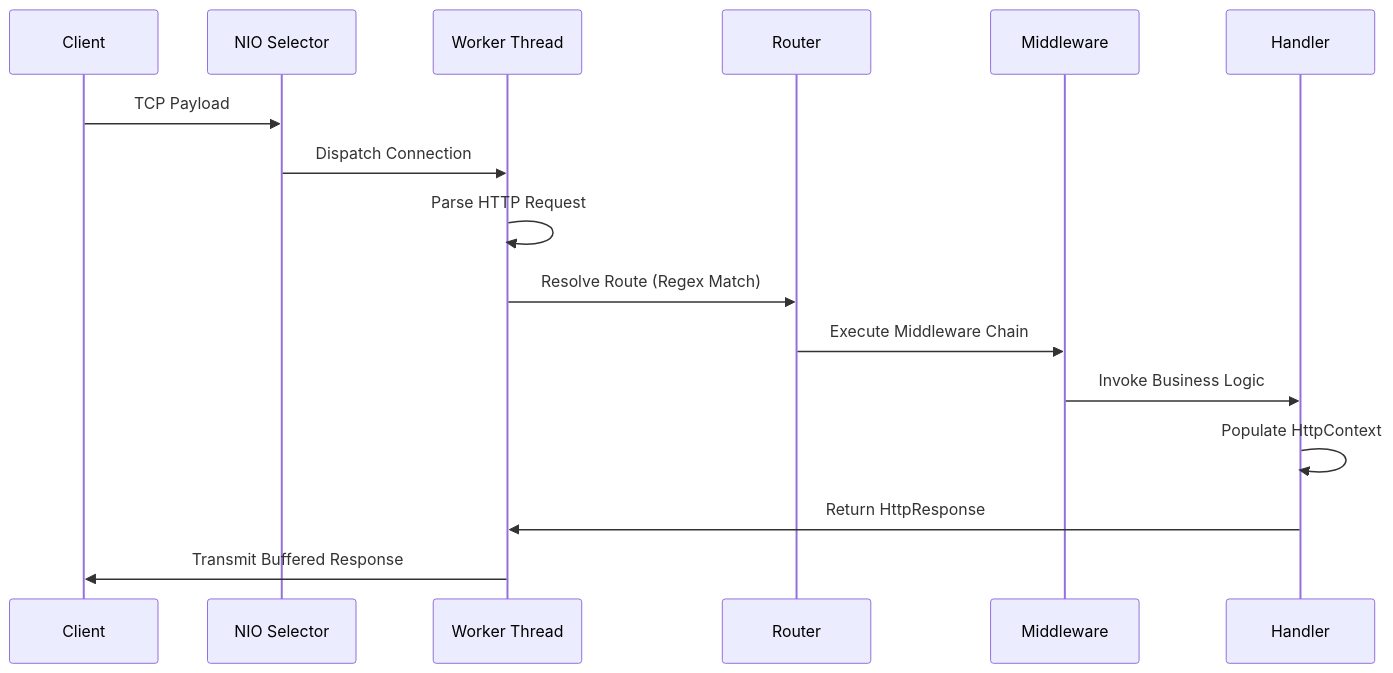
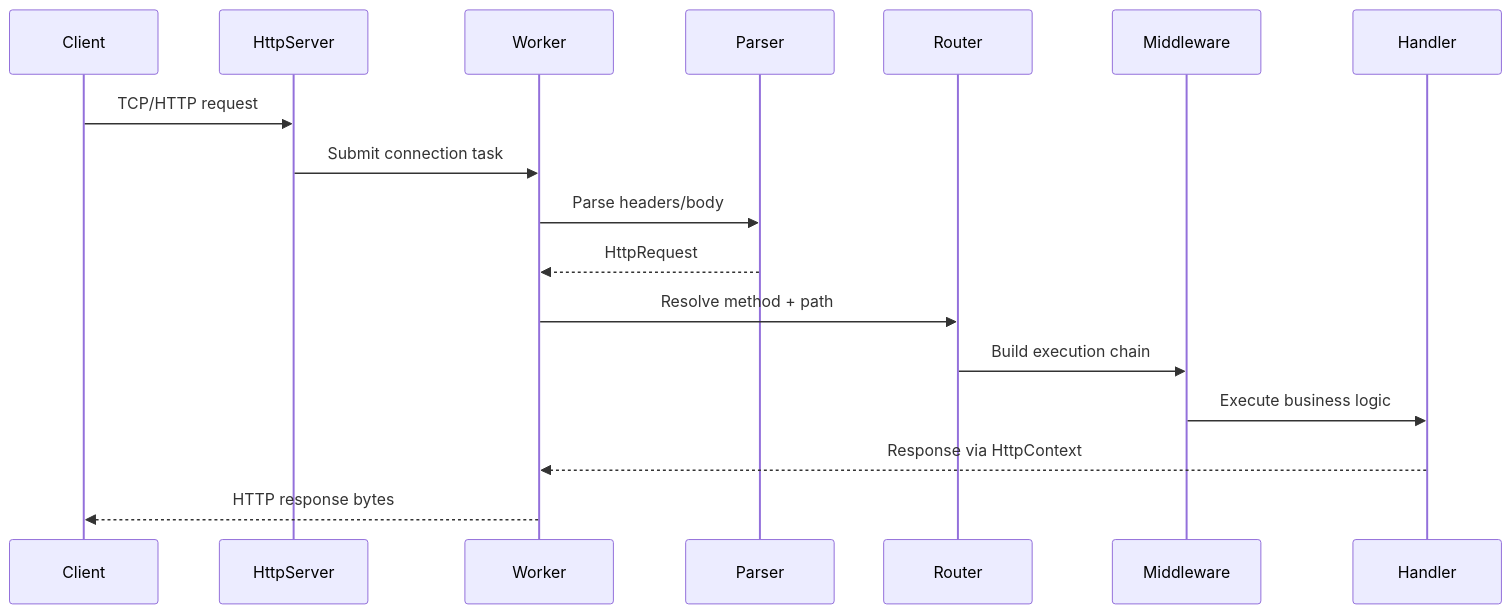
One commit to jhanvi857/coreHTTP changed the second of 2 diagrams in README.md. Above: the diagram before and after it, drawn with Mermaid. The commit also changed other lines of this file and 1 other file, not shown here.

````diff
--- a/README.md
+++ b/README.md
@@ -227,19 +225,20 @@
 ```mermaid
 sequenceDiagram
-    participant C as Client
-    participant S as NIO Selector
-    participant W as Worker Thread
-    participant R as Router
-    participant M as Middleware
-    participant H as Handler
+    participant Client
+    participant HttpServer
+    participant Worker
+    participant Parser
+    participant Router
+    participant Middleware
+    participant Handler
 
-    C->>S: TCP Payload
-    S->>W: Dispatch Connection
-    W->>W: Parse HTTP Request
-    W->>R: Resolve Route (Regex Match)
-    R->>M: Execute Middleware Chain
-    M->>H: Invoke Business Logic
-    H->>H: Populate HttpContext
-    H->>W: Return HttpResponse
-    W->>C: Transmit Buffered Response
+    Client->>HttpServer: TCP/HTTP request
+    HttpServer->>Worker: Submit connection task
+    Worker->>Parser: Parse headers/body
+    Parser-->>Worker: HttpRequest
+    Worker->>Router: Resolve method + path
+    Router->>Middleware: Build execution chain
+    Middleware->>Handler: Execute business logic
+    Handler-->>Worker: Response via HttpContext
+    Worker-->>Client: HTTP response bytes
 ```
````
